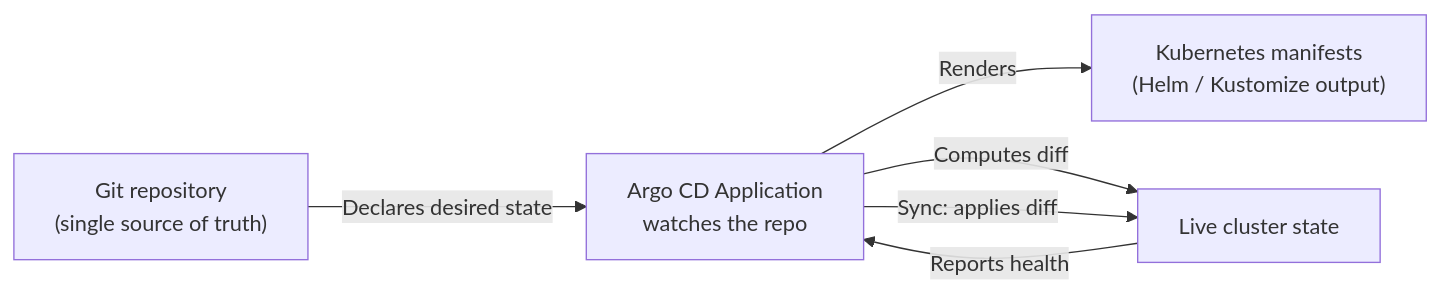
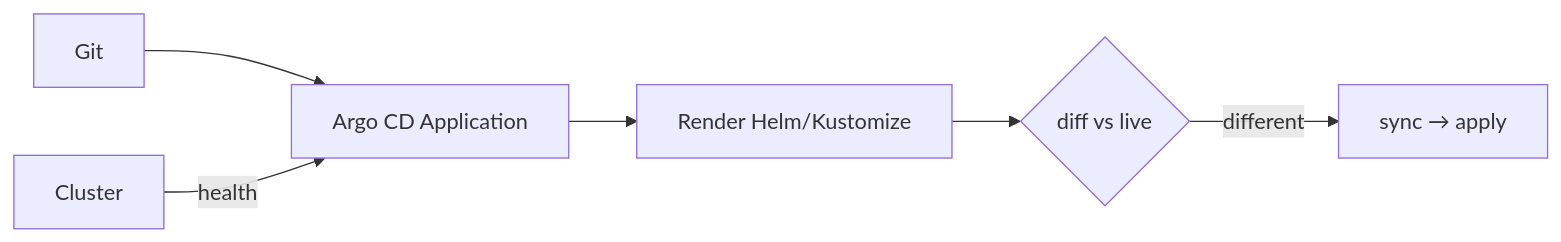
Before and after one commit to darshan-raul/apollo11-docs: the diagram in docs/learn/delivery/gitops-and-ownership.md, drawn with Mermaid. The commit also changed other lines of this file and 55 other files, not shown here.

````diff
--- a/docs/learn/delivery/gitops-and-ownership.md
+++ b/docs/learn/delivery/gitops-and-ownership.md
@@ -18,8 +17,8 @@
-~~~mermaid
+```mermaid
 flowchart LR
-  Git["Git repository\n(single source of truth)"] -->|Declares desired state| ArgoApp["Argo CD Application\nwatches the repo"]
-  ArgoApp -->|Renders| Manifests["Kubernetes manifests\n(Helm / Kustomize output)"]
-  ArgoApp -->|Computes diff| Cluster["Live cluster state"]
-  ArgoApp -->|Sync: applies diff| Cluster
-  Cluster -->|Reports health| ArgoApp
-~~~
+  Git[Git] --> Argo[Argo CD Application]
+  Argo --> R[Render Helm/Kustomize]
+  R --> Diff{diff vs live}
+  Diff -->|different| Sync[sync → apply]
+  Cluster -->|health| Argo
+```
````
